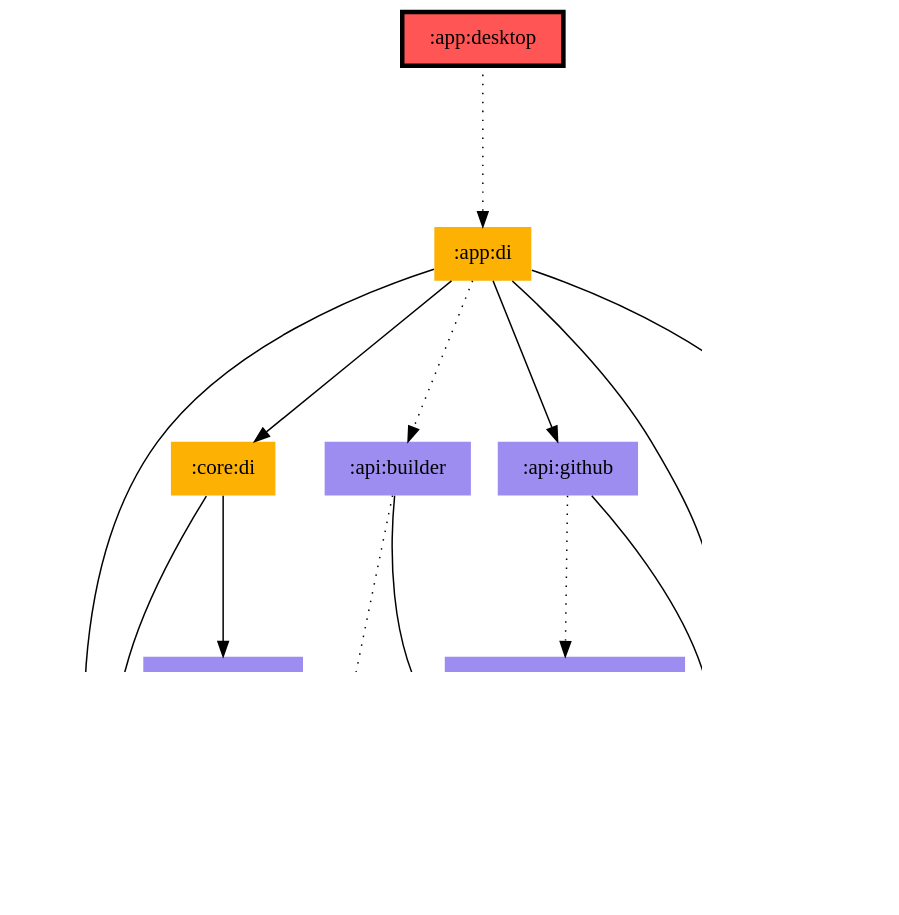
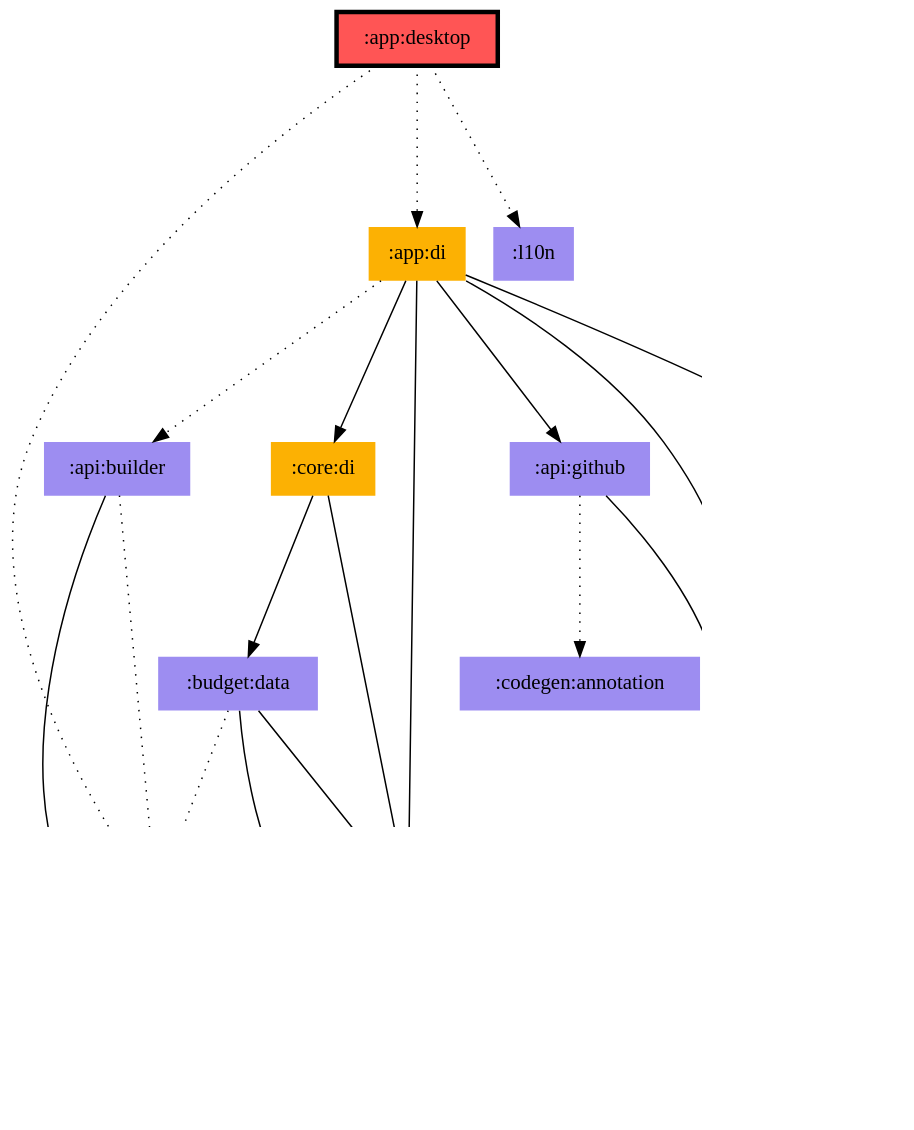
The diagram in app/desktop/modules.dot (jonapoul/aktual), drawn with Graphviz before and after one commit. The commit also changed 52 other files, not shown here.

```diff
--- a/app/desktop/modules.dot
+++ b/app/desktop/modules.dot
@@ -1,33 +1,37 @@
 digraph {
 edge ["dir"="forward"]
 graph ["dpi"="100","fontsize"="30","ranksep"="1.5","rankdir"="TB"]
 node ["style"="filled"]
 ":api:builder" ["fillcolor"="#9D8DF1","shape"="none"]
 ":api:github" ["fillcolor"="#9D8DF1","shape"="none"]
 ":app:desktop" ["fillcolor"="#FF5555","color"="black","penwidth"="3","shape"="box"]
 ":app:di" ["fillcolor"="#FCB103","shape"="none"]
 ":budget:data" ["fillcolor"="#9D8DF1","shape"="none"]
 ":budget:model" ["fillcolor"="#9D8DF1","shape"="none"]
 ":codegen:annotation" ["fillcolor"="#9D8DF1","shape"="none"]
 ":core:di" ["fillcolor"="#FCB103","shape"="none"]
 ":core:model" ["fillcolor"="#9D8DF1","shape"="none"]
+":l10n" ["fillcolor"="#9D8DF1","shape"="none"]
 ":logging" ["fillcolor"="#9D8DF1","shape"="none"]
 ":prefs" ["fillcolor"="#9D8DF1","shape"="none"]
 ":api:builder" -> ":core:model"
 ":api:builder" -> ":logging" ["style"="dotted"]
 ":api:github" -> ":codegen:annotation" ["style"="dotted"]
 ":api:github" -> ":core:model"
 ":app:desktop" -> ":app:di" ["style"="dotted"]
+":app:desktop" -> ":l10n" ["style"="dotted"]
+":app:desktop" -> ":logging" ["style"="dotted"]
 ":app:di" -> ":api:builder" ["style"="dotted"]
 ":app:di" -> ":api:github"
 ":app:di" -> ":budget:model"
 ":app:di" -> ":core:di"
 ":app:di" -> ":core:model"
 ":app:di" -> ":prefs"
 ":budget:data" -> ":budget:model"
 ":budget:data" -> ":core:model"
 ":budget:data" -> ":logging" ["style"="dotted"]
+":budget:model" -> ":core:model"
 ":core:di" -> ":budget:data"
 ":core:di" -> ":budget:model"
 ":prefs" -> ":core:model"
 }
```
